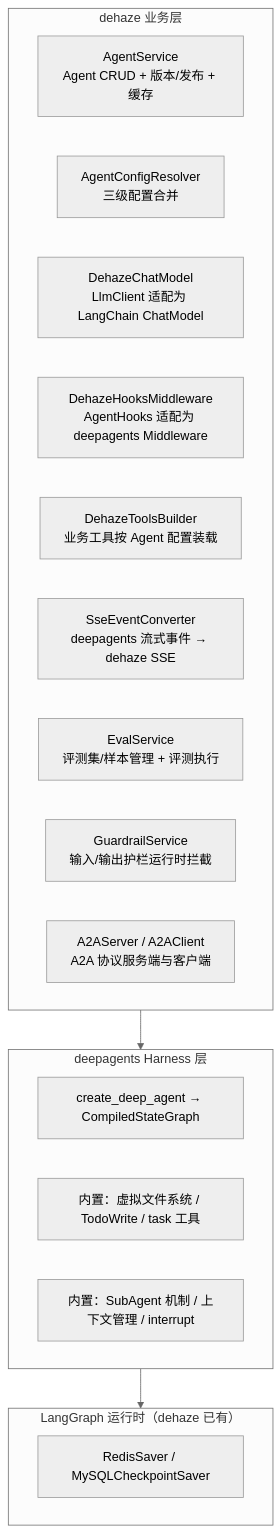
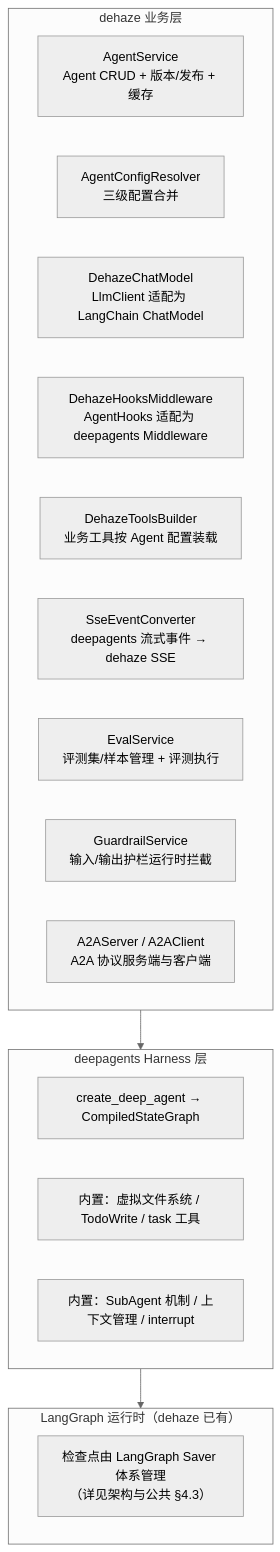
Before and after one commit to earthy-zinc/dehaze-system: the first of 7 diagrams in dehaze-doc/docs/03-模块设计/核心模块/AI对话/智能体管理/后端实现.md, drawn with Mermaid (neutral theme). The commit also changed other lines of this file and 2348 other files, not shown here.

````diff
--- a/dehaze-doc/docs/03-模块设计/核心模块/AI对话/智能体管理/后端实现.md
+++ b/dehaze-doc/docs/03-模块设计/核心模块/AI对话/智能体管理/后端实现.md
@@ -134,23 +134,23 @@
 ```mermaid
 flowchart TD
     subgraph Business["dehaze 业务层"]
         A1["AgentService<br/>Agent CRUD + 版本/发布 + 缓存"]
         A2["AgentConfigResolver<br/>三级配置合并"]
         A3["DehazeChatModel<br/>LlmClient 适配为 LangChain ChatModel"]
         A4["DehazeHooksMiddleware<br/>AgentHooks 适配为 deepagents Middleware"]
         A5["DehazeToolsBuilder<br/>业务工具按 Agent 配置装载"]
         A6["SseEventConverter<br/>deepagents 流式事件 → dehaze SSE"]
         A7["EvalService<br/>评测集/样本管理 + 评测执行"]
         A8["GuardrailService<br/>输入/输出护栏运行时拦截"]
         A9["A2AServer / A2AClient<br/>A2A 协议服务端与客户端"]
     end
     subgraph Harness["deepagents Harness 层"]
         B1["create_deep_agent → CompiledStateGraph"]
         B2["内置：虚拟文件系统 / TodoWrite / task 工具"]
         B3["内置：SubAgent 机制 / 上下文管理 / interrupt"]
     end
     subgraph Runtime["LangGraph 运行时（dehaze 已有）"]
-        C1["RedisSaver / MySQLCheckpointSaver"]
+        C1["检查点由 LangGraph Saver 体系管理<br/>（详见架构与公共 §4.3）"]
     end
     Business --> Harness --> Runtime
 ```
````
